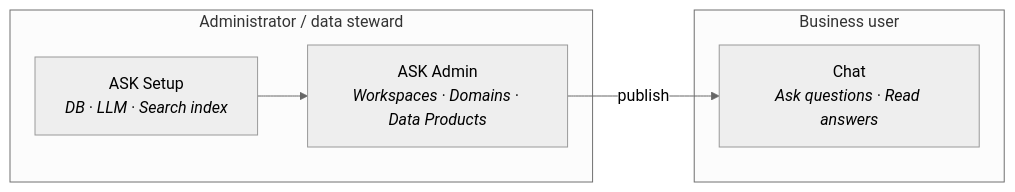
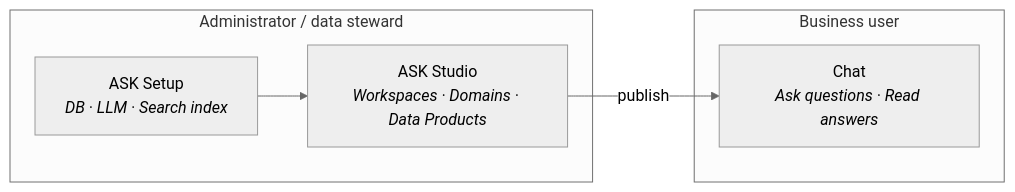
The first of 6 diagrams in platform/docs/02-concepts.md (Onibex/agentic-semantic-knowledge-ask), drawn with Mermaid (neutral theme) before and after one commit. The commit also changed other lines of this file and 23 other files, not shown here.

First line of the commit message:
refactor(docs): the manual calls the interface ASK Studio, like the product does

````diff
--- a/platform/docs/02-concepts.md
+++ b/platform/docs/02-concepts.md
@@ -59,12 +59,12 @@
 ```mermaid
 flowchart LR
     subgraph ADMIN["Administrator / data steward"]
         CFG["ASK Setup<br/><i>DB · LLM · Search index</i>"]
-        ADM["ASK Admin<br/><i>Workspaces · Domains · Data Products</i>"]
+        ADM["ASK Studio<br/><i>Workspaces · Domains · Data Products</i>"]
     end
     subgraph USER["Business user"]
         CHAT["Chat<br/><i>Ask questions · Read answers</i>"]
     end
     CFG --> ADM
     ADM -->|publish| CHAT
 ```
````
